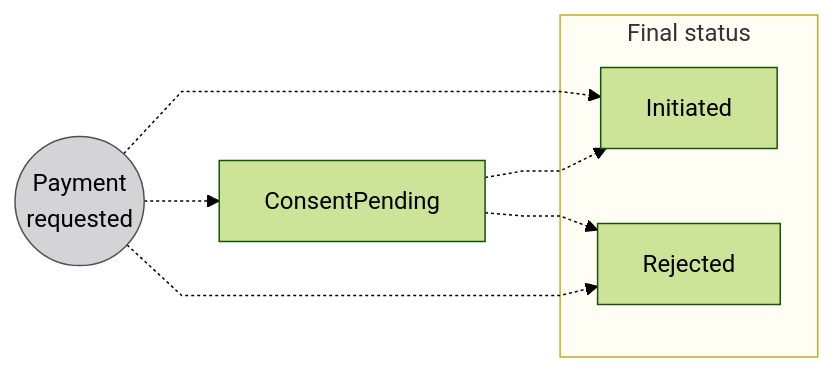
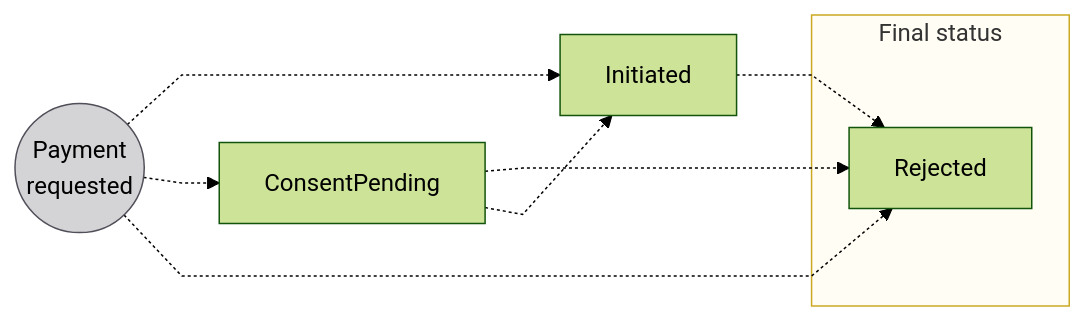
The first of 2 diagrams in docs/payments/concepts/transactions/statuses.mdx (swan-io/docs), drawn with Mermaid (forest theme) before and after one commit. The commit also changed other lines of this file, not shown here.

````diff
--- a/docs/payments/concepts/transactions/statuses.mdx
+++ b/docs/payments/concepts/transactions/statuses.mdx
@@ -19,15 +17,15 @@
 ```mermaid
 %%{ init: { 'flowchart': { 'curve': 'linear' } } }%%
 flowchart LR
     P((Payment<br/>requested)) -.-> I[Initiated]
     P -.-> CP[ConsentPending]
     CP -.-> RJ[Rejected]
     P -.-> RJ
     CP -.-> I
+    I -.-> RJ
     subgraph F[Final status]
         RJ
-        I
     end
     style P fill:#D4D3D5,stroke:#514F59
     style F fill:#fffdf4,stroke:#cca922
 ```
````
